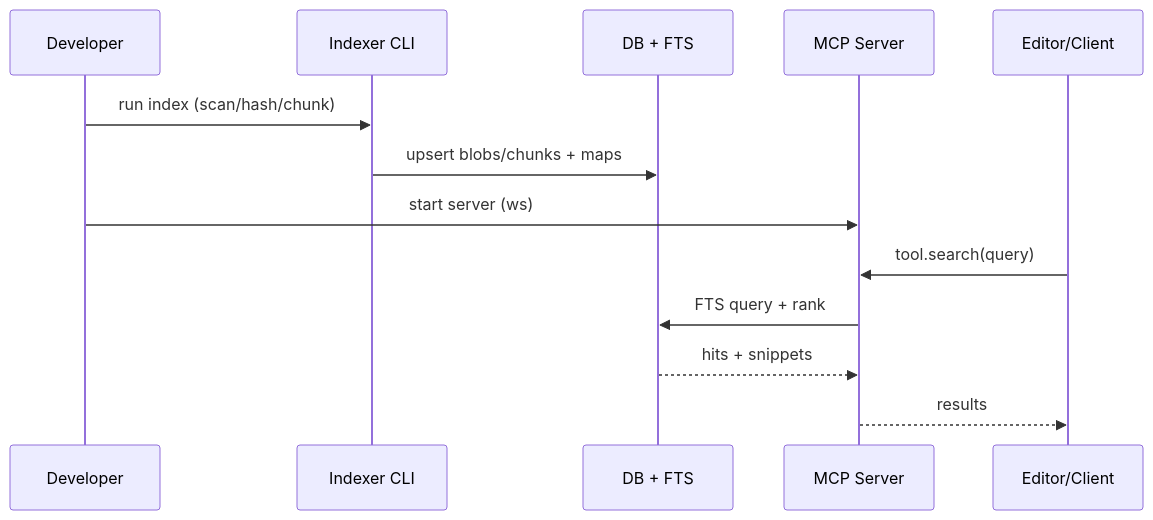
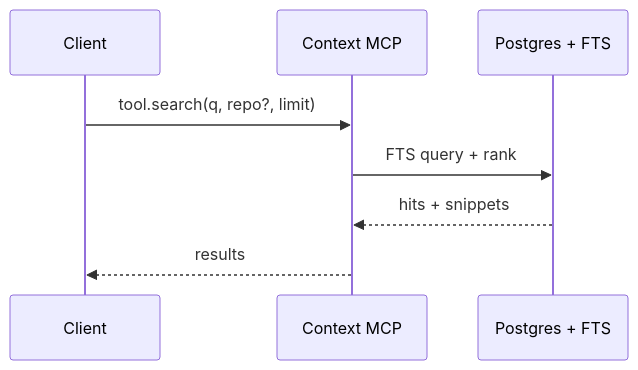
The second of 3 diagrams in README.md (ashabbir/savant), drawn with Mermaid before and after one commit. The commit also changed other lines of this file, not shown here.

Commit message:
docs: fix Mermaid syntax in Indexer diagram

````diff
--- a/README.md
+++ b/README.md
@@ -54,16 +121,10 @@
 ```mermaid
 sequenceDiagram
-  participant Dev as Developer
-  participant IDX as Indexer CLI
-  participant DB as DB + FTS
-  participant MCP as MCP Server
-  participant IDE as Editor/Client
-
-  Dev->>IDX: run index (scan/hash/chunk)
-  IDX->>DB: upsert blobs/chunks + maps
-  Dev->>MCP: start server (ws)
-  IDE->>MCP: tool.search(query)
+  participant IDE as Client
+  participant MCP as Context MCP
+  participant DB as Postgres + FTS
+  IDE->>MCP: tool.search(q, repo?, limit)
   MCP->>DB: FTS query + rank
   DB-->>MCP: hits + snippets
   MCP-->>IDE: results
 ```
````
